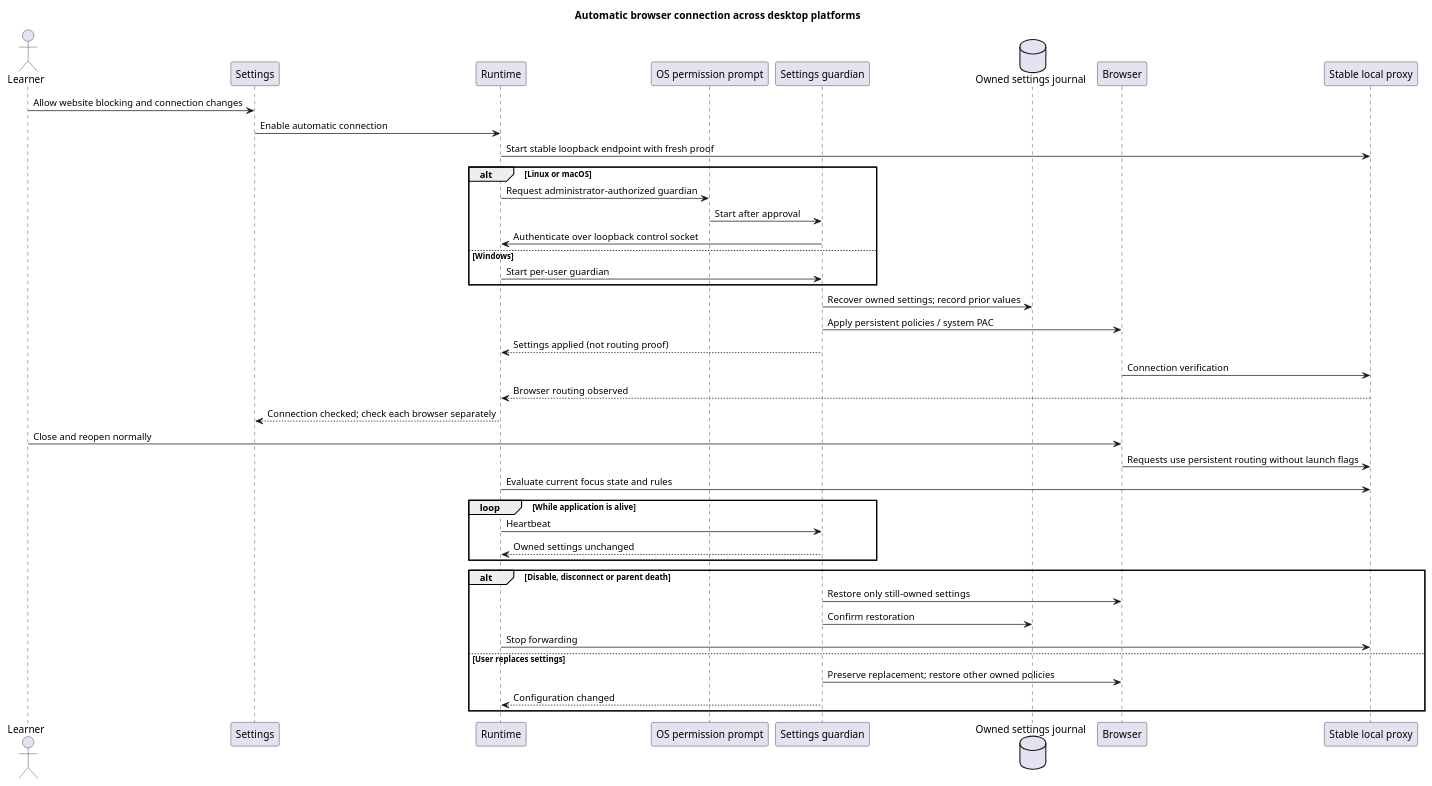
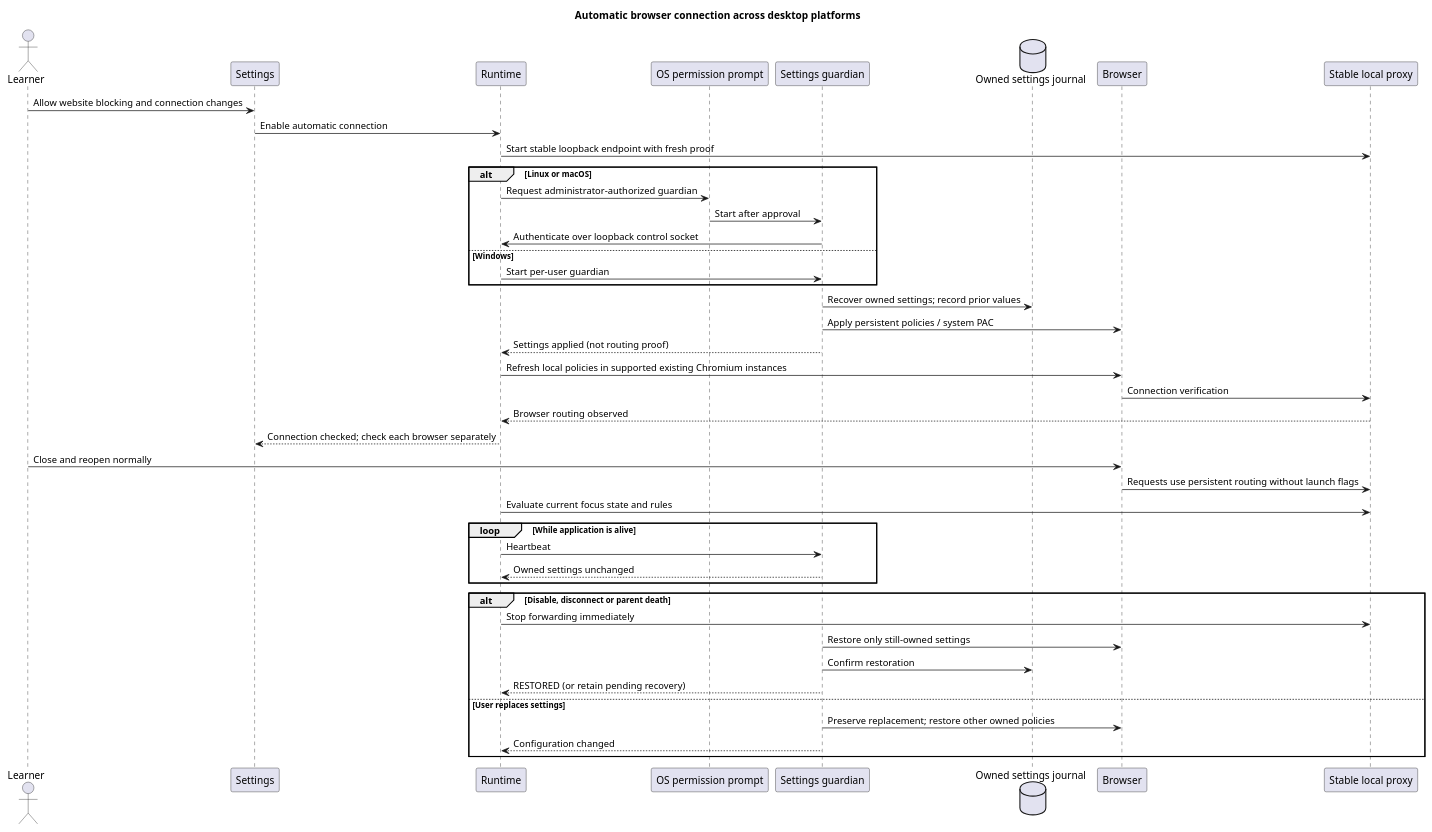
One commit to MiguelRibeiro1210/Focus-and-Study-Tracking changed the diagram in docs/SD/SD_PersistentBrowserRouting.puml. Above: the diagram before and after it, drawn with PlantUML. The commit also changed 30 other files, not shown here.

```diff
--- a/docs/SD/SD_PersistentBrowserRouting.puml
+++ b/docs/SD/SD_PersistentBrowserRouting.puml
@@ -1,42 +1,44 @@
 @startuml
 title Automatic browser connection across desktop platforms
 actor Learner
 participant Settings
 participant Runtime
 participant "OS permission prompt" as Permission
 participant "Settings guardian" as Guardian
 database "Owned settings journal" as Journal
 participant Browser
 participant "Stable local proxy" as Proxy
 Learner -> Settings: Allow website blocking and connection changes
 Settings -> Runtime: Enable automatic connection
 Runtime -> Proxy: Start stable loopback endpoint with fresh proof
 alt Linux or macOS
   Runtime -> Permission: Request administrator-authorized guardian
   Permission -> Guardian: Start after approval
   Guardian -> Runtime: Authenticate over loopback control socket
 else Windows
   Runtime -> Guardian: Start per-user guardian
 end
 Guardian -> Journal: Recover owned settings; record prior values
 Guardian -> Browser: Apply persistent policies / system PAC
 Guardian --> Runtime: Settings applied (not routing proof)
+Runtime -> Browser: Refresh local policies in supported existing Chromium instances
 Browser -> Proxy: Connection verification
 Proxy --> Runtime: Browser routing observed
 Runtime --> Settings: Connection checked; check each browser separately
 Learner -> Browser: Close and reopen normally
 Browser -> Proxy: Requests use persistent routing without launch flags
 Runtime -> Proxy: Evaluate current focus state and rules
 loop While application is alive
   Runtime -> Guardian: Heartbeat
   Guardian --> Runtime: Owned settings unchanged
 end
 alt Disable, disconnect or parent death
+  Runtime -> Proxy: Stop forwarding immediately
   Guardian -> Browser: Restore only still-owned settings
   Guardian -> Journal: Confirm restoration
-  Runtime -> Proxy: Stop forwarding
+  Guardian --> Runtime: RESTORED (or retain pending recovery)
 else User replaces settings
   Guardian -> Browser: Preserve replacement; restore other owned policies
   Guardian --> Runtime: Configuration changed
 end
 @enduml
```
